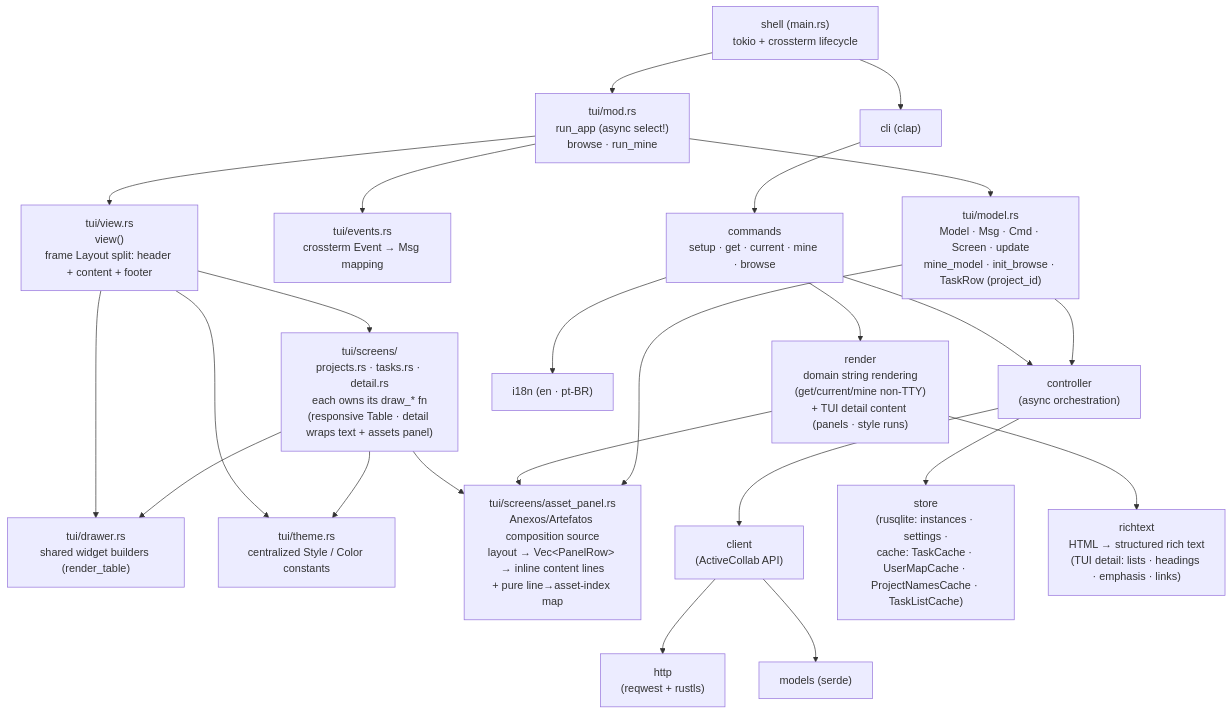
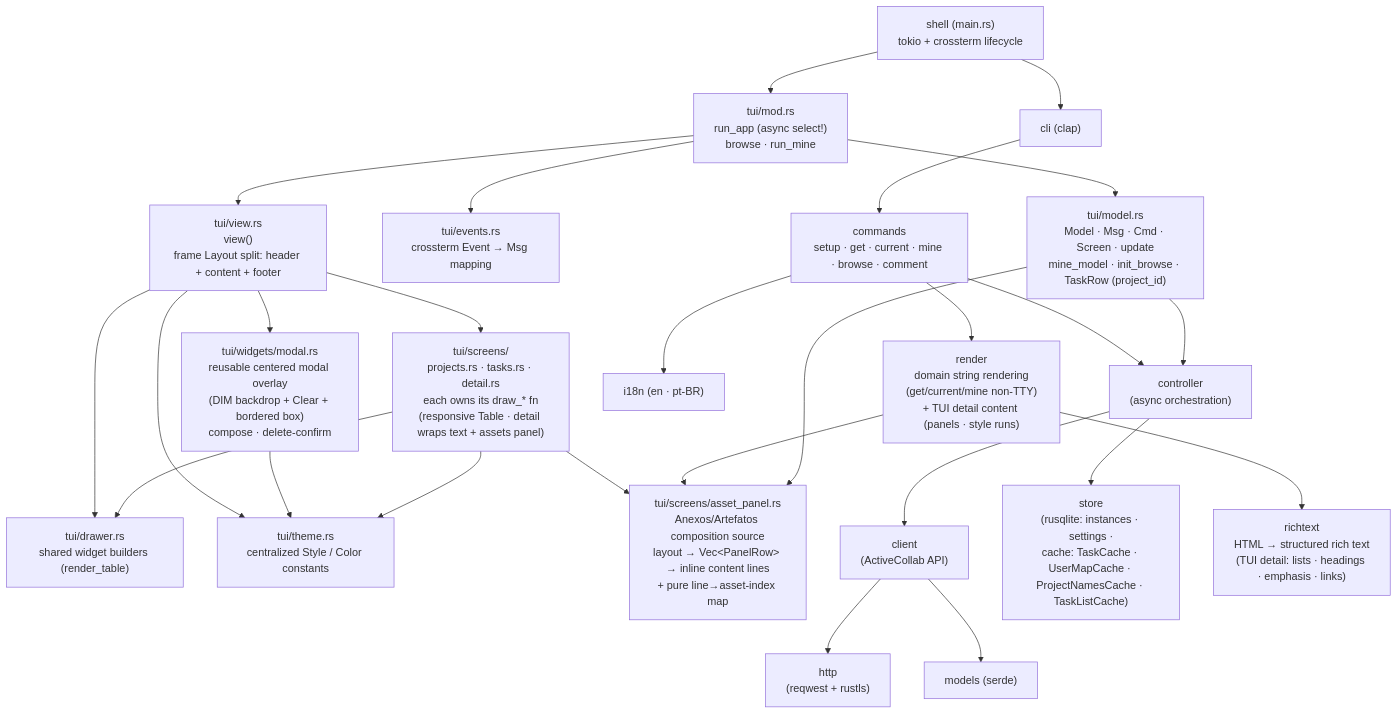
Before and after one commit to ejklock/active-collab-cli: the first of 3 diagrams in docs/architecture.md, drawn with Mermaid. The commit also changed other lines of this file and 28 other files, not shown here.

First line of the commit message:
feat: comment-thread TUI — card focus, contextual footer, modal overlay

````diff
--- a/docs/architecture.md
+++ b/docs/architecture.md
@@ -20,26 +20,28 @@
 ```mermaid
 flowchart TD
     main["shell (main.rs)\ntokio + crossterm lifecycle"] --> tui["tui/mod.rs\nrun_app (async select!)\nbrowse · run_mine"]
     tui --> model["tui/model.rs\nModel · Msg · Cmd · Screen · update\nmine_model · init_browse · TaskRow (project_id)"]
     tui --> events["tui/events.rs\ncrossterm Event → Msg mapping"]
     tui --> view["tui/view.rs\nview()\nframe Layout split: header + content + footer"]
     view --> screens["tui/screens/\nprojects.rs · tasks.rs · detail.rs\neach owns its draw_* fn\n(responsive Table · detail wraps text + assets panel)"]
     view --> drawer["tui/drawer.rs\nshared widget builders (render_table)"]
     view --> theme["tui/theme.rs\ncentralized Style / Color constants"]
+    view --> widgets["tui/widgets/modal.rs\nreusable centered modal overlay\n(DIM backdrop + Clear + bordered box)\ncompose · delete-confirm"]
+    widgets --> theme
     screens --> asset_panel["tui/screens/asset_panel.rs\nAnexos/Artefatos composition source\nlayout → Vec&lt;PanelRow&gt; → inline content lines\n+ pure line→asset-index map"]
     render --> asset_panel
     model --> asset_panel
     screens --> drawer
     screens --> theme
     main --> cli["cli (clap)"]
-    cli --> commands["commands\nsetup · get · current · mine · browse"]
+    cli --> commands["commands\nsetup · get · current · mine · browse · comment"]
     commands --> controller["controller\n(async orchestration)"]
     model --> controller
     controller --> client["client\n(ActiveCollab API)"]
     client --> http["http\n(reqwest + rustls)"]
     controller --> store["store\n(rusqlite: instances · settings ·\ncache: TaskCache · UserMapCache · ProjectNamesCache · TaskListCache)"]
     commands --> render["render\ndomain string rendering\n(get/current/mine non-TTY)\n+ TUI detail content (panels · style runs)"]
     render --> richtext["richtext\nHTML → structured rich text\n(TUI detail: lists · headings · emphasis · links)"]
     commands --> i18n["i18n (en · pt-BR)"]
     client --> models["models (serde)"]
 ```
````
